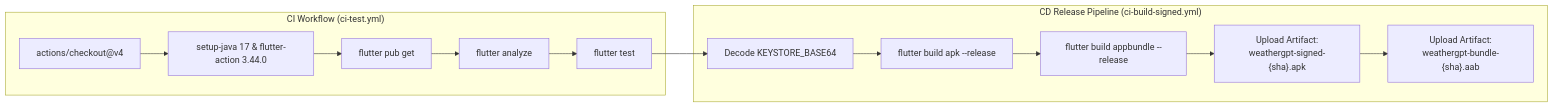
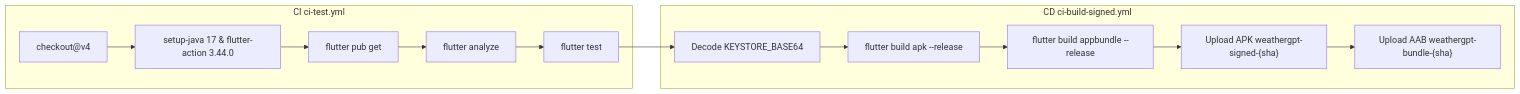
The sixth of 7 diagrams in ARCHITECTURE.md (omsenjalia/weathergpt-app), drawn with Mermaid before and after one commit. The commit also changed other lines of this file and 3 other files, not shown here.

First line of the commit message:
fix: navigation panel anchors now match actual headers, clean ARCHITECTURE.md

````diff
--- a/ARCHITECTURE.md
+++ b/ARCHITECTURE.md
@@ -817,18 +686,16 @@
 ```mermaid
 graph LR
-    subgraph "CI Workflow (ci-test.yml)"
-        T1["actions/checkout@v4"] --> T2["setup-java 17 & flutter-action 3.44.0"]
+    subgraph "CI ci-test.yml"
+        T1["checkout@v4"] --> T2["setup-java 17 & flutter-action 3.44.0"]
         T2 --> T3["flutter pub get"]
         T3 --> T4["flutter analyze"]
         T4 --> T5["flutter test"]
     end
-
-    subgraph "CD Release Pipeline (ci-build-signed.yml)"
+    subgraph "CD ci-build-signed.yml"
         B1["Decode KEYSTORE_BASE64"] --> B2["flutter build apk --release"]
         B2 --> B3["flutter build appbundle --release"]
-        B3 --> B4["Upload Artifact:<br/>weathergpt-signed-{sha}.apk"]
-        B4 --> B5["Upload Artifact:<br/>weathergpt-bundle-{sha}.aab"]
+        B3 --> B4["Upload APK weathergpt-signed-{sha}"]
+        B4 --> B5["Upload AAB weathergpt-bundle-{sha}"]
     end
-
     T5 --> B1
 ```
````
